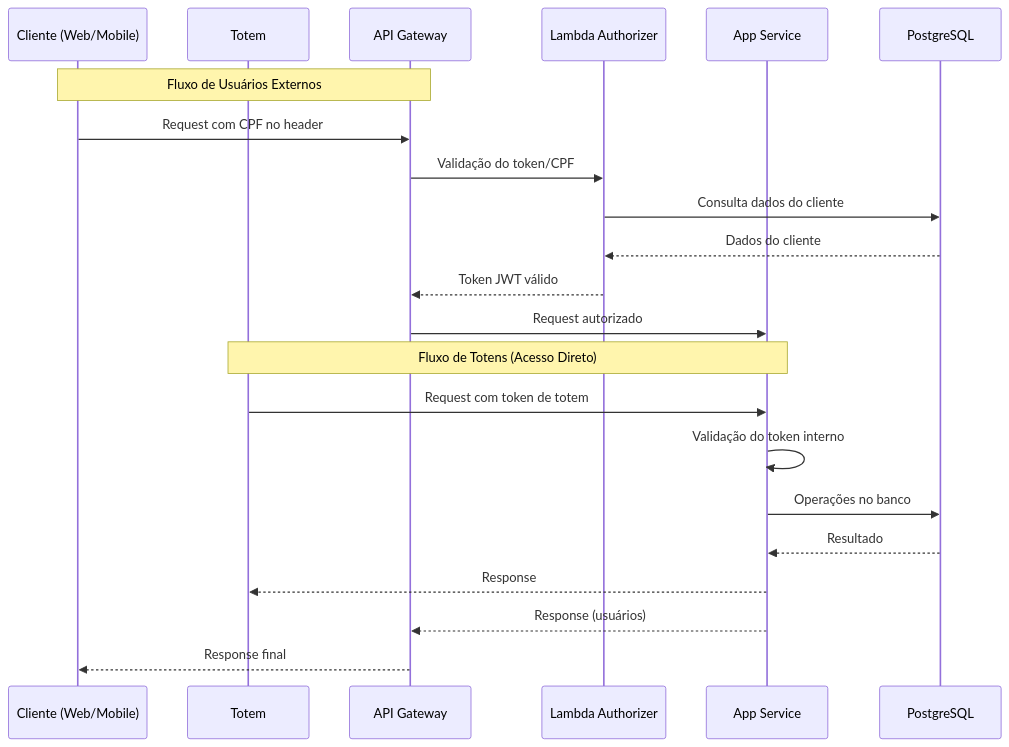
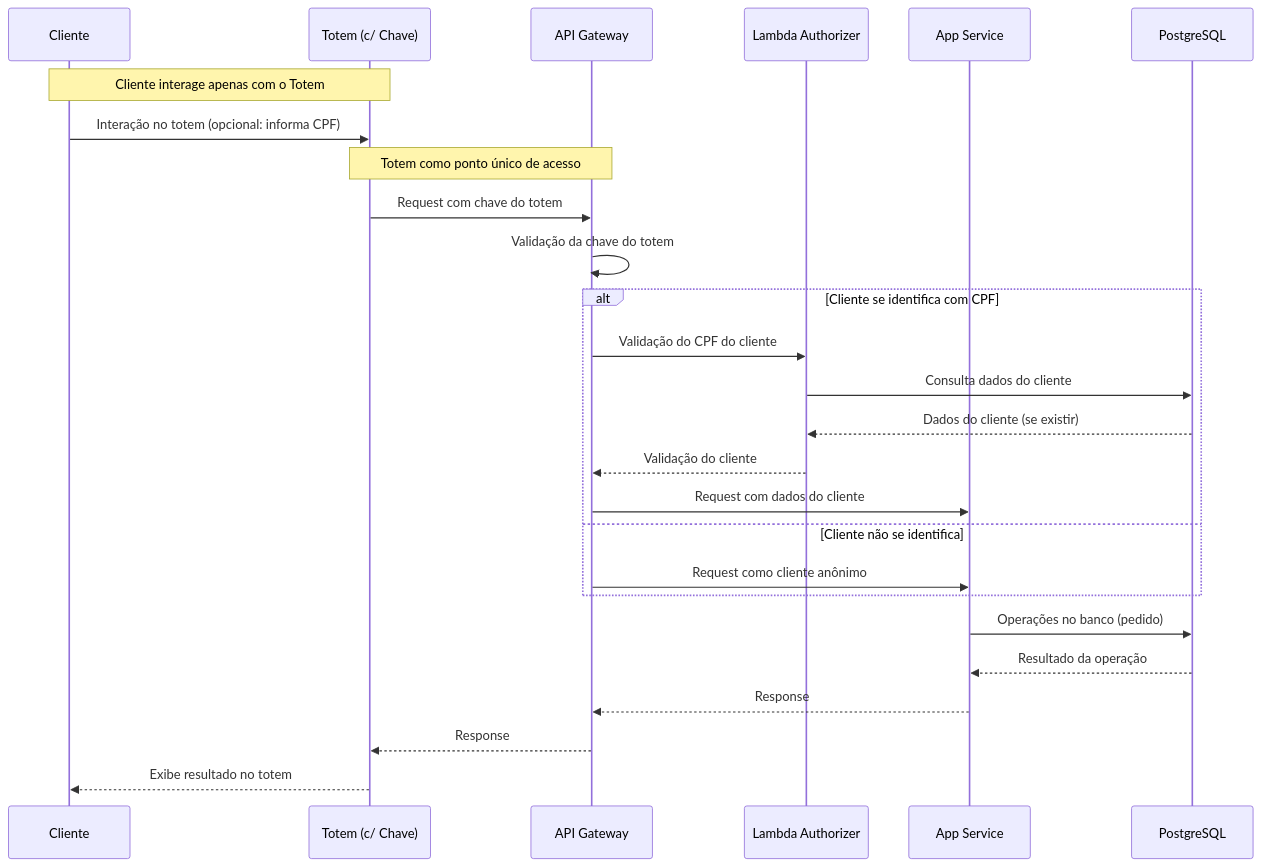
One commit to FIAP-Tech-Challange/.github changed the second of 4 diagrams in README.md. Above: the diagram before and after it, drawn with Mermaid. The commit also changed other lines of this file, not shown here.

````diff
--- a/README.md
+++ b/README.md
@@ -65,26 +69,32 @@
 ```mermaid
 sequenceDiagram
-    participant U as Cliente (Web/Mobile)
-    participant T as Totem
+    participant C as Cliente
+    participant T as Totem (c/ Chave)
     participant G as API Gateway
     participant L as Lambda Authorizer
     participant A as App Service
     participant D as PostgreSQL
 
-    Note over U,G: Fluxo de Usuários Externos
-    U->>G: Request com CPF no header
-    G->>L: Validação do token/CPF
-    L->>D: Consulta dados do cliente
-    D-->>L: Dados do cliente
-    L-->>G: Token JWT válido
-    G->>A: Request autorizado
+    Note over C,T: Cliente interage apenas com o Totem
+    C->>T: Interação no totem (opcional: informa CPF)
 
-    Note over T,A: Fluxo de Totens (Acesso Direto)
-    T->>A: Request com token de totem
-    A->>A: Validação do token interno
-    A->>D: Operações no banco
-    D-->>A: Resultado
-    A-->>T: Response
-    A-->>G: Response (usuários)
-    G-->>U: Response final
+    Note over T,G: Totem como ponto único de acesso
+    T->>G: Request com chave do totem
+    G->>G: Validação da chave do totem
+
+    alt Cliente se identifica com CPF
+        G->>L: Validação do CPF do cliente
+        L->>D: Consulta dados do cliente
+        D-->>L: Dados do cliente (se existir)
+        L-->>G: Validação do cliente
+        G->>A: Request com dados do cliente
+    else Cliente não se identifica
+        G->>A: Request como cliente anônimo
+    end
+
+    A->>D: Operações no banco (pedido)
+    D-->>A: Resultado da operação
+    A-->>G: Response
+    G-->>T: Response
+    T-->>C: Exibe resultado no totem
 ```
````
